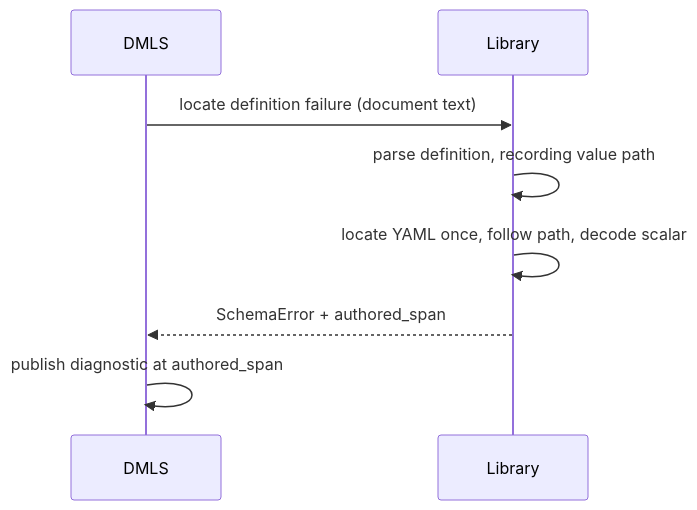
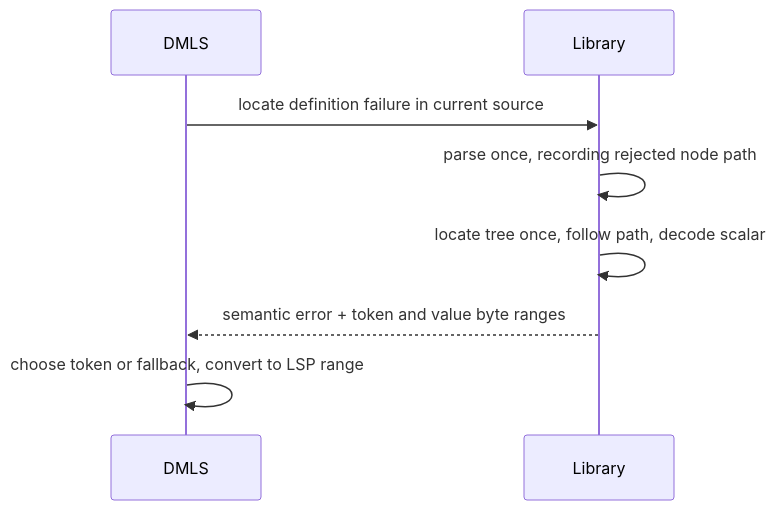
One commit to yankeeinlondon/rusty-biscuit changed the diagram in darkmatter/features/2026-10-25-schema-diagnostic-provenance/spec.md. Above: the diagram before and after it, drawn with Mermaid. The commit also changed other lines of this file, not shown here.

First line of the commit message:
planning(darkmatter): record review-to-implement iteration 0 for schema-diagnostic-provenance

````diff
--- a/darkmatter/features/2026-10-25-schema-diagnostic-provenance/spec.md
+++ b/darkmatter/features/2026-10-25-schema-diagnostic-provenance/spec.md
@@ -222,10 +321,10 @@
 ```mermaid
 sequenceDiagram
     participant D as DMLS
     participant L as Library
-    D->>L: locate definition failure (document text)
-    L->>L: parse definition, recording value path
-    L->>L: locate YAML once, follow path, decode scalar
-    L-->>D: SchemaError + authored_span
-    D->>D: publish diagnostic at authored_span
+    D->>L: locate definition failure in current source
+    L->>L: parse once, recording rejected node path
+    L->>L: locate tree once, follow path, decode scalar
+    L-->>D: semantic error + token and value byte ranges
+    D->>D: choose token or fallback, convert to LSP range
 ```
````
